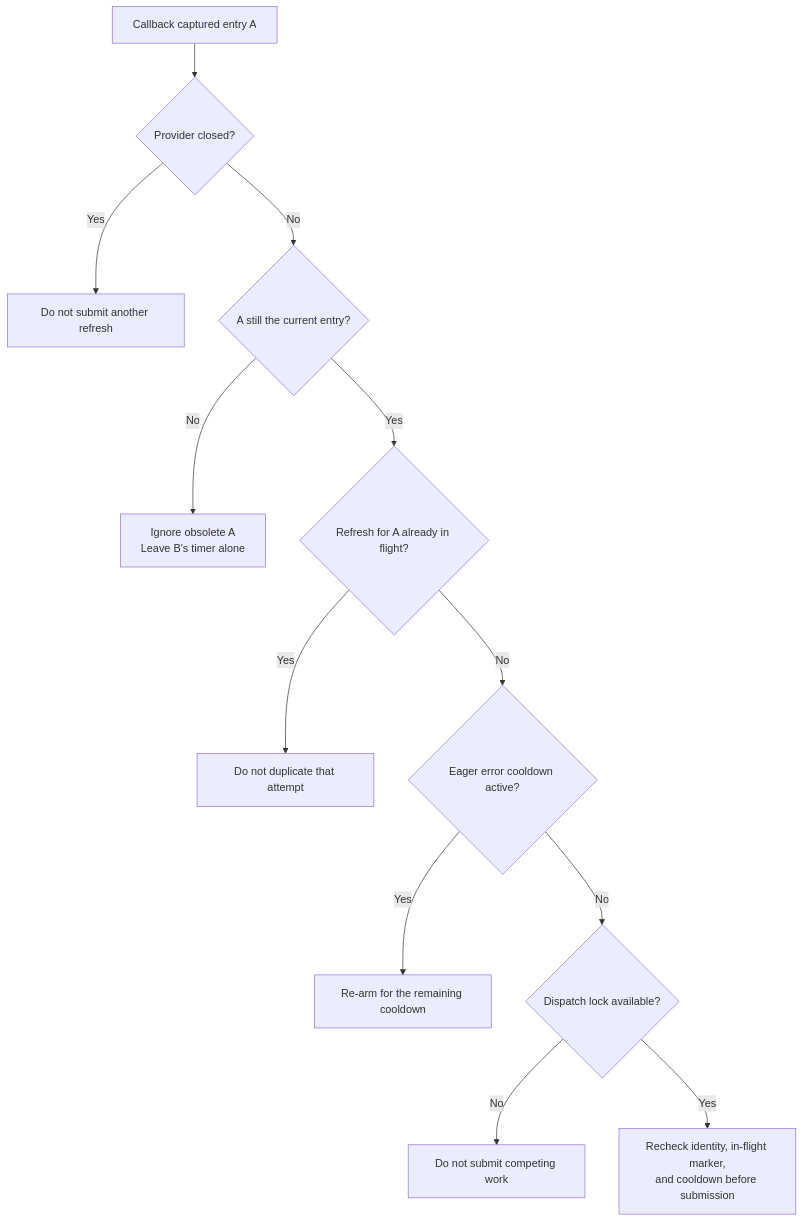
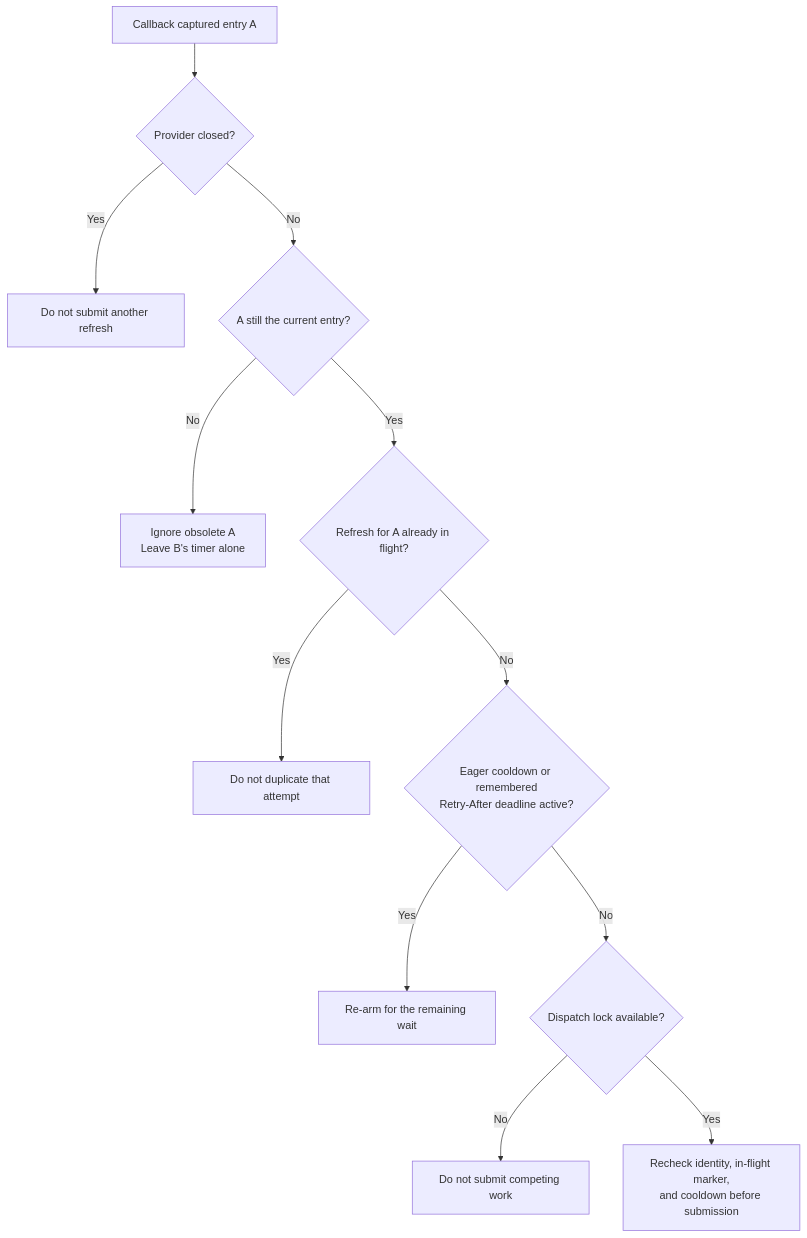
Before and after one commit to entur/jwt-resource-server: the tenth of 11 diagrams in jwt-client/docs/eager-preemptive-refresh/README.md, drawn with Mermaid. The commit also changed other lines of this file and 41 other files, not shown here.

First line of the commit message:
feat!: honor Retry-After and back off failed token requests (#458)

````diff
--- a/jwt-client/docs/eager-preemptive-refresh/README.md
+++ b/jwt-client/docs/eager-preemptive-refresh/README.md
@@ -274,14 +282,14 @@
 ```mermaid
 flowchart TD
     A["Callback captured entry A"] --> Closed{"Provider closed?"}
     Closed -->|Yes| Stop["Do not submit another refresh"]
     Closed -->|No| Current{"A still the current entry?"}
     Current -->|No| Stale["Ignore obsolete A<br/>Leave B's timer alone"]
     Current -->|Yes| Inflight{"Refresh for A already in flight?"}
     Inflight -->|Yes| Existing["Do not duplicate that attempt"]
-    Inflight -->|No| Cooldown{"Eager error cooldown active?"}
-    Cooldown -->|Yes| Rearm["Re-arm for the remaining cooldown"]
+    Inflight -->|No| Cooldown{"Eager cooldown or remembered<br/>Retry-After deadline active?"}
+    Cooldown -->|Yes| Rearm["Re-arm for the remaining wait"]
     Cooldown -->|No| Lock{"Dispatch lock available?"}
     Lock -->|No| Skip["Do not submit competing work"]
     Lock -->|Yes| Recheck["Recheck identity, in-flight marker,<br/>and cooldown before submission"]
 ```
````
